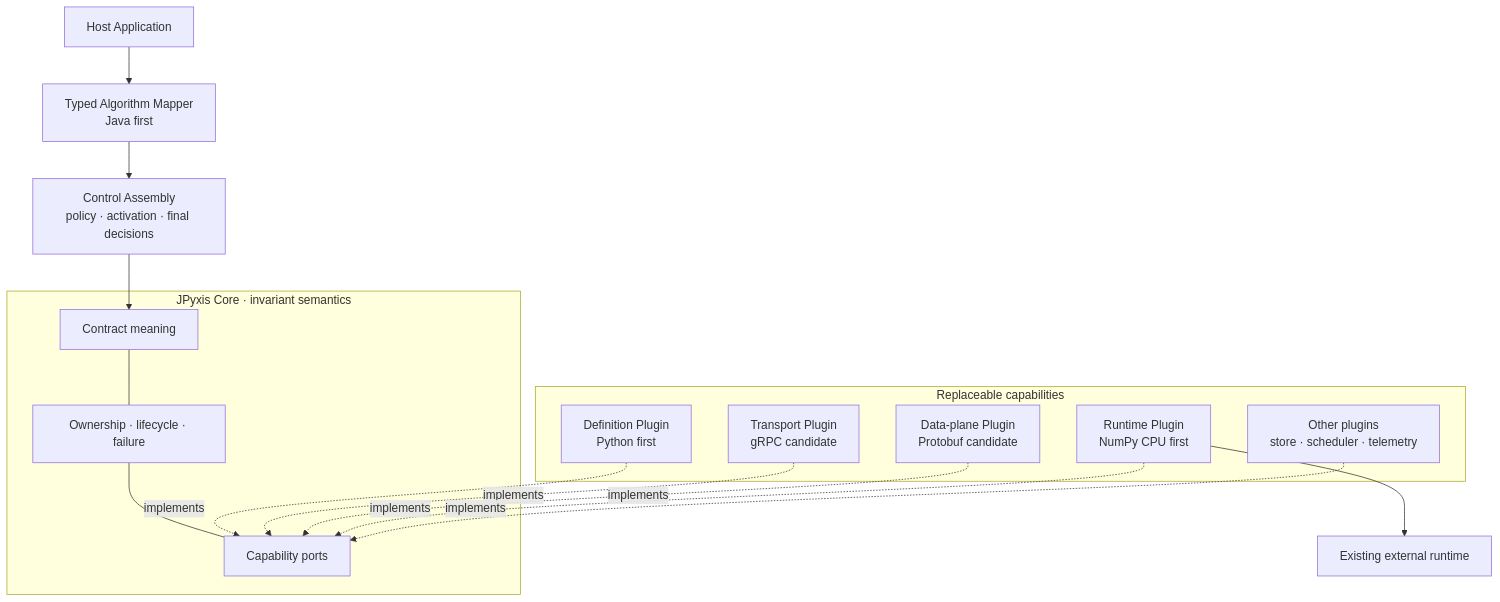
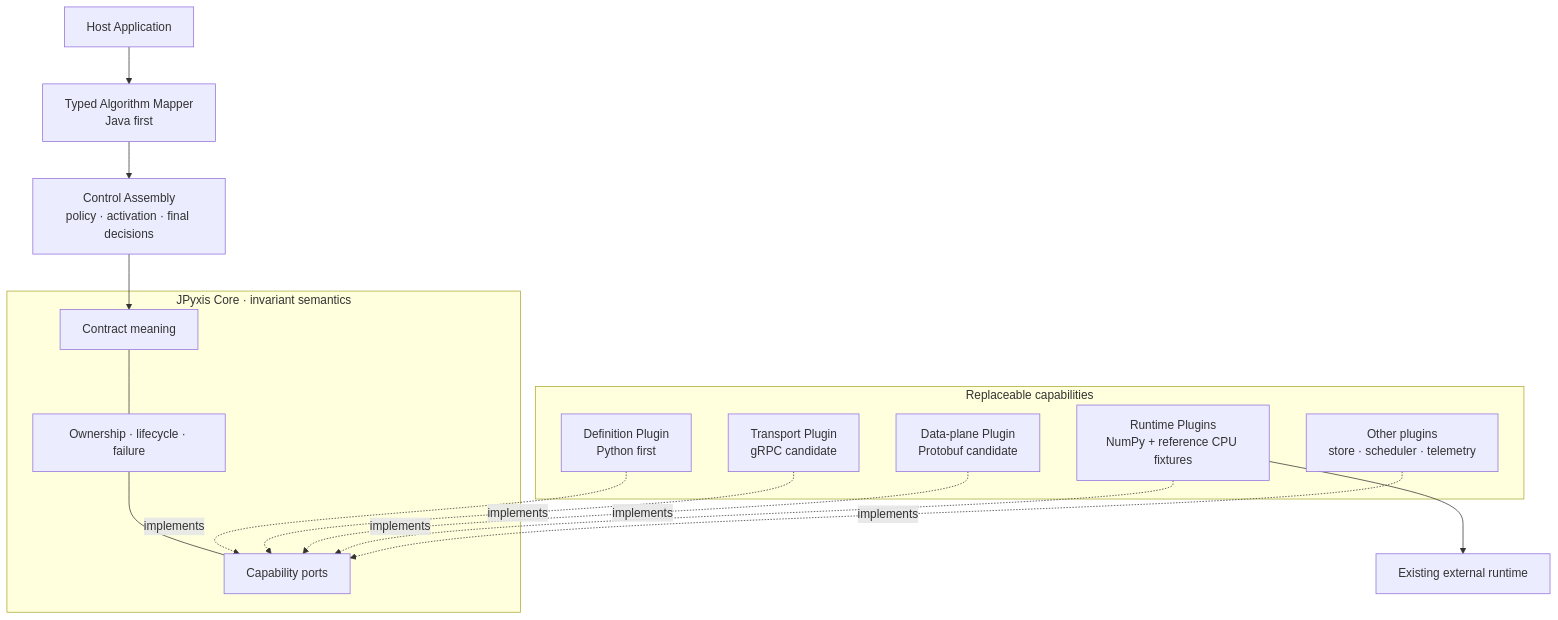
Before and after one commit to NoctilumeDev/JPyxis: the first of 3 diagrams in README.md, drawn with Mermaid. The commit also changed other lines of this file and 30 other files, not shown here.

````diff
--- a/README.md
+++ b/README.md
@@ -48,30 +51,30 @@
 ```mermaid
 flowchart TB
     APP["Host Application"] --> MAPPER["Typed Algorithm Mapper<br/>Java first"]
     MAPPER --> CONTROL["Control Assembly<br/>policy · activation · final decisions"]
 
     subgraph CORE["JPyxis Core · invariant semantics"]
         CONTRACT["Contract meaning"]
         STATE["Ownership · lifecycle · failure"]
         PORTS["Capability ports"]
         CONTRACT --- STATE
         STATE --- PORTS
     end
 
     CONTROL --> CONTRACT
 
     subgraph CAPABILITIES["Replaceable capabilities"]
         DEFINITION["Definition Plugin<br/>Python first"]
         TRANSPORT["Transport Plugin<br/>gRPC candidate"]
         DATA["Data-plane Plugin<br/>Protobuf candidate"]
-        RUNTIME["Runtime Plugin<br/>NumPy CPU first"]
+        RUNTIME["Runtime Plugins<br/>NumPy + reference CPU fixtures"]
         OTHER["Other plugins<br/>store · scheduler · telemetry"]
     end
 
     DEFINITION -. "implements" .-> PORTS
     TRANSPORT -. "implements" .-> PORTS
     DATA -. "implements" .-> PORTS
     RUNTIME -. "implements" .-> PORTS
     OTHER -. "implements" .-> PORTS
     RUNTIME --> EXTERNAL["Existing external runtime"]
 ```
````
